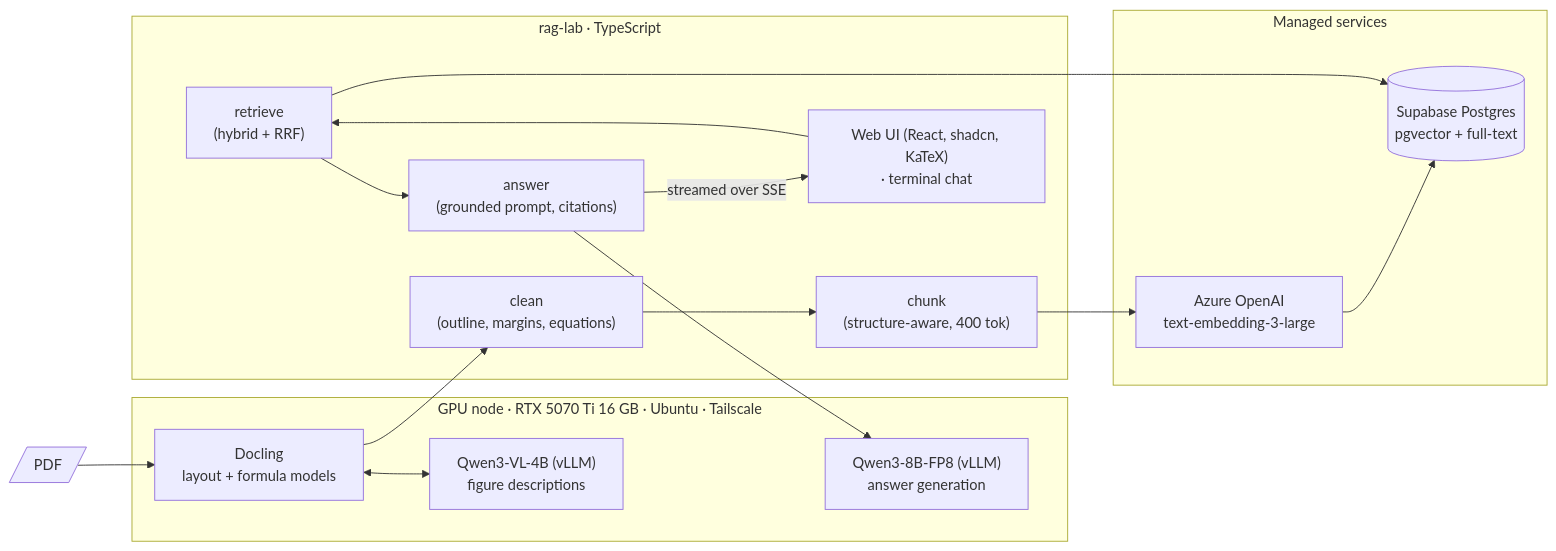
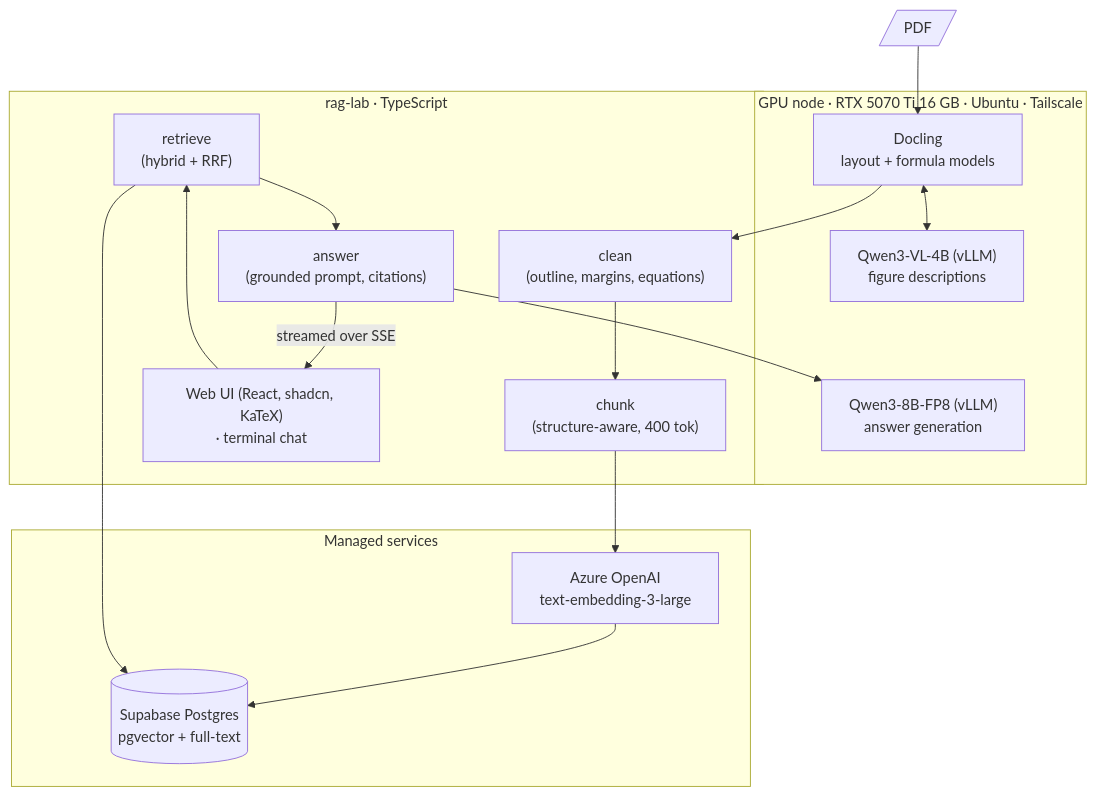
One commit to MinoThauros/rag-lab changed the diagram in README.md. Above: the diagram before and after it, drawn with Mermaid.

Commit message:
README: vertical architecture diagram

````diff
--- a/README.md
+++ b/README.md
@@ -26,24 +26,24 @@
 ```mermaid
-flowchart LR
+flowchart TB
   subgraph GPU["GPU node · RTX 5070 Ti 16 GB · Ubuntu · Tailscale"]
     D["Docling<br/>layout + formula models"]
     V["Qwen3-VL-4B (vLLM)<br/>figure descriptions"]
     Q["Qwen3-8B-FP8 (vLLM)<br/>answer generation"]
   end
   subgraph Lab["rag-lab · TypeScript"]
     C["clean<br/>(outline, margins, equations)"]
     K["chunk<br/>(structure-aware, 400 tok)"]
     R["retrieve<br/>(hybrid + RRF)"]
     A["answer<br/>(grounded prompt, citations)"]
     UI["Web UI (React, shadcn, KaTeX)<br/>· terminal chat"]
   end
   subgraph Cloud["Managed services"]
     E["Azure OpenAI<br/>text-embedding-3-large"]
     S[("Supabase Postgres<br/>pgvector + full-text")]
   end
   PDF[/"PDF"/] --> D --> C --> K --> E --> S
   D <--> V
   UI --> R --> S
   R --> A --> Q
   A -- streamed over SSE --> UI
 ```
````
